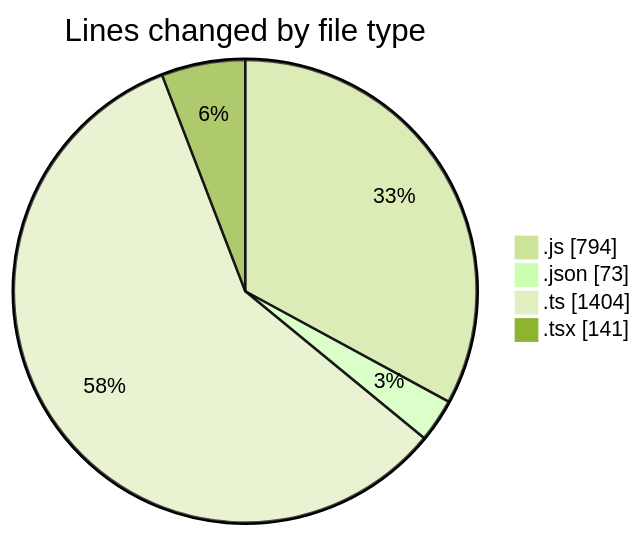
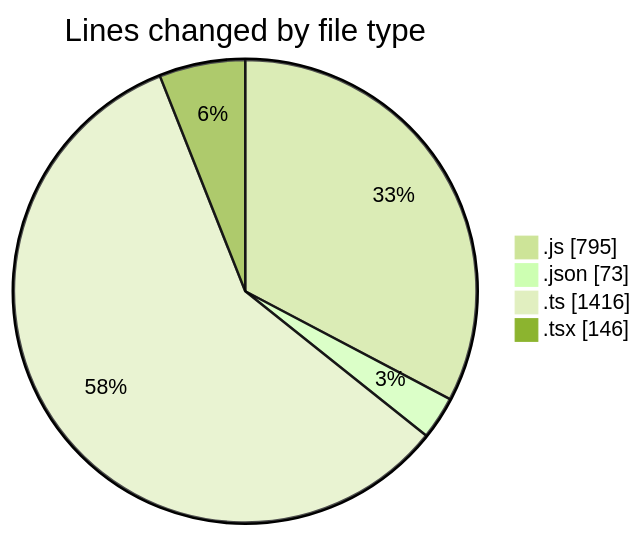
One commit to momahboobian/code-tracking changed the first of 2 diagrams in 2026-03-23/cda/README.md. Above: the diagram before and after it, drawn with Mermaid (forest theme). The commit also changed other lines of this file and 1 other file, not shown here.

````diff
--- a/2026-03-23/cda/README.md
+++ b/2026-03-23/cda/README.md
@@ -28,8 +28,8 @@
 ```mermaid
 pie showData
 title Lines changed by file type
-".js" : 794
+".js" : 795
 ".json" : 73
-".ts" : 1404
-".tsx" : 141
+".ts" : 1416
+".tsx" : 146
 ```
````
